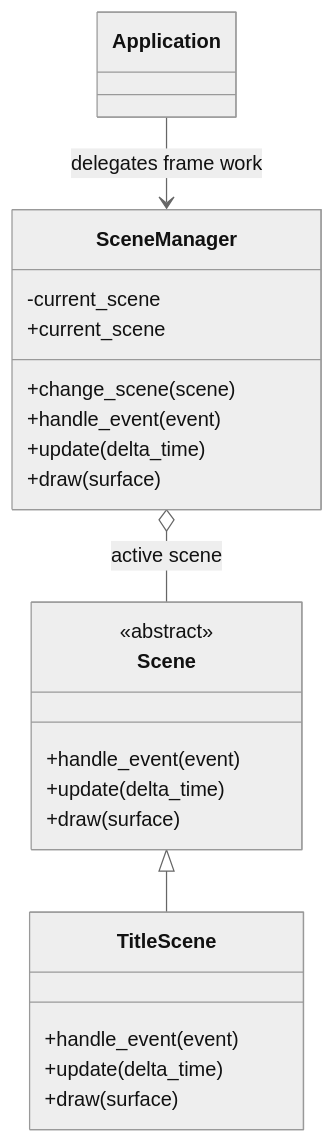
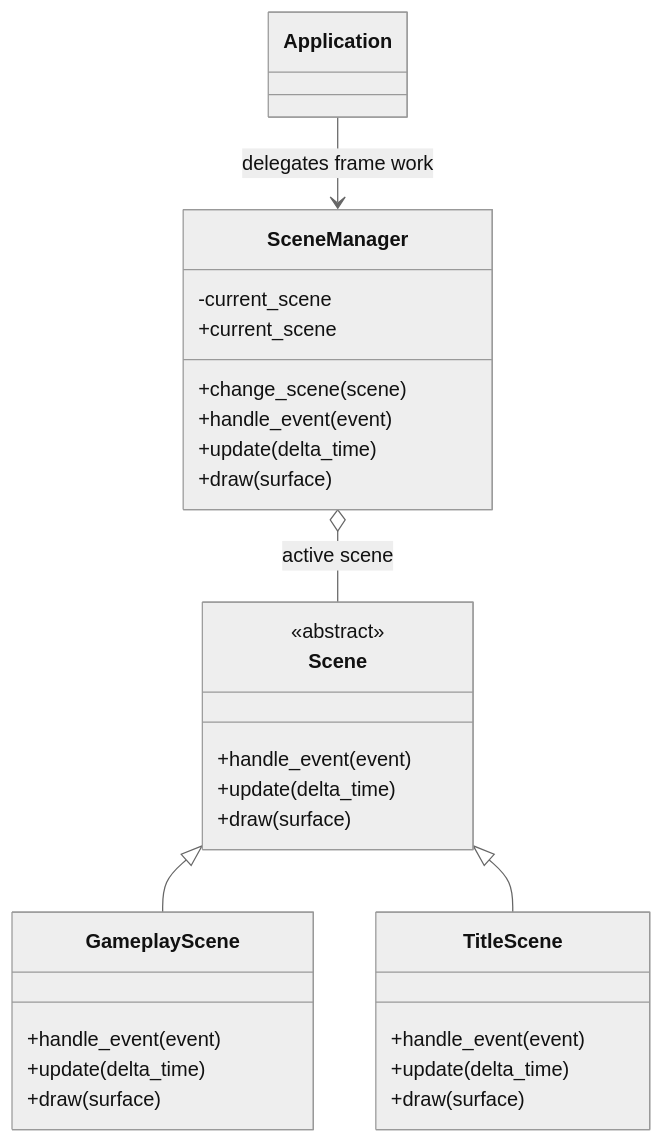
One commit to VincentMardon/my_first_adventure_game changed the diagram in docs/architecture/scenes.md. Above: the diagram before and after it, drawn with Mermaid (neutral theme). The commit also changed other lines of this file and 4 other files, not shown here.

Commit message:
feat(scenes): add movable gameplay scene

````diff
--- a/docs/architecture/scenes.md
+++ b/docs/architecture/scenes.md
@@ -77,28 +77,35 @@
 ```mermaid
 classDiagram
     class Scene {
         <<abstract>>
         +handle_event(event)
         +update(delta_time)
         +draw(surface)
     }
 
     class SceneManager {
         -current_scene
         +current_scene
         +change_scene(scene)
         +handle_event(event)
         +update(delta_time)
         +draw(surface)
     }
 
+    class GameplayScene {
+        +handle_event(event)
+        +update(delta_time)
+        +draw(surface)
+    }
+
     class TitleScene {
         +handle_event(event)
         +update(delta_time)
         +draw(surface)
     }
 
     SceneManager o-- Scene : active scene
+    Scene <|-- GameplayScene
     Scene <|-- TitleScene
     Application --> SceneManager : delegates frame work
 ```
````
